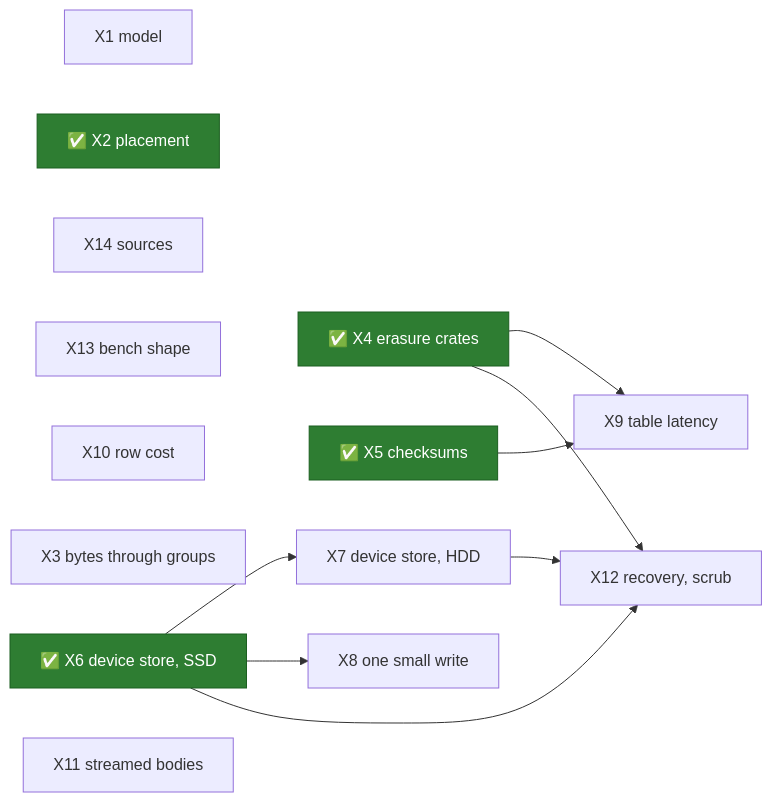
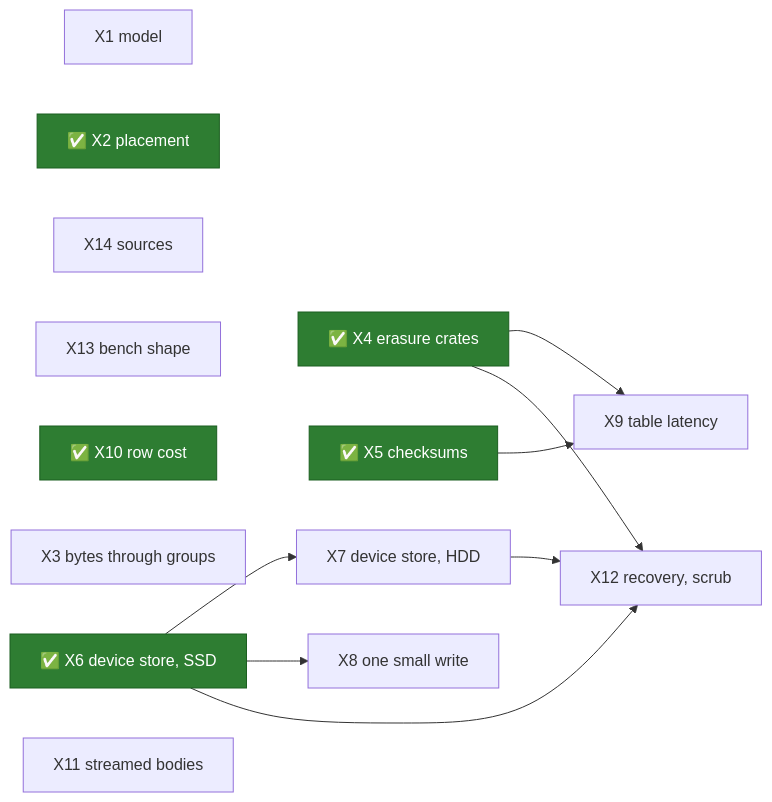
One commit to mjcarson/shoal changed the diagram in docs/src/object-storage/spikes.md. Above: the diagram before and after it, drawn with Mermaid. The commit also changed other lines of this file and 58 other files, not shown here.

````diff
--- a/docs/src/object-storage/spikes.md
+++ b/docs/src/object-storage/spikes.md
@@ -694,25 +708,25 @@
 ```mermaid
 flowchart LR
     classDef done fill:#2e7d32,stroke:#1b5e20,color:#ffffff
     X1["X1 model"]
     X2["✅ X2 placement"]:::done
     X14["X14 sources"]
     X13["X13 bench shape"]
-    X10["X10 row cost"]
+    X10["✅ X10 row cost"]:::done
     X3["X3 bytes through groups"]
     X4["✅ X4 erasure crates"]:::done
     X5["✅ X5 checksums"]:::done
     X6["✅ X6 device store, SSD"]:::done
     X7["X7 device store, HDD"]
     X8["X8 one small write"]
     X9["X9 table latency"]
     X11["X11 streamed bodies"]
     X12["X12 recovery, scrub"]
     X4 --> X9
     X5 --> X9
     X6 --> X7
     X6 --> X8
     X4 --> X12
     X6 --> X12
     X7 --> X12
 ```
````
